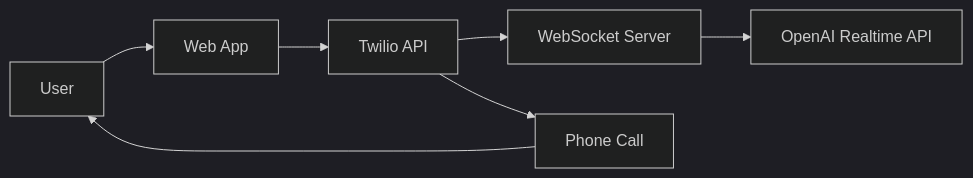
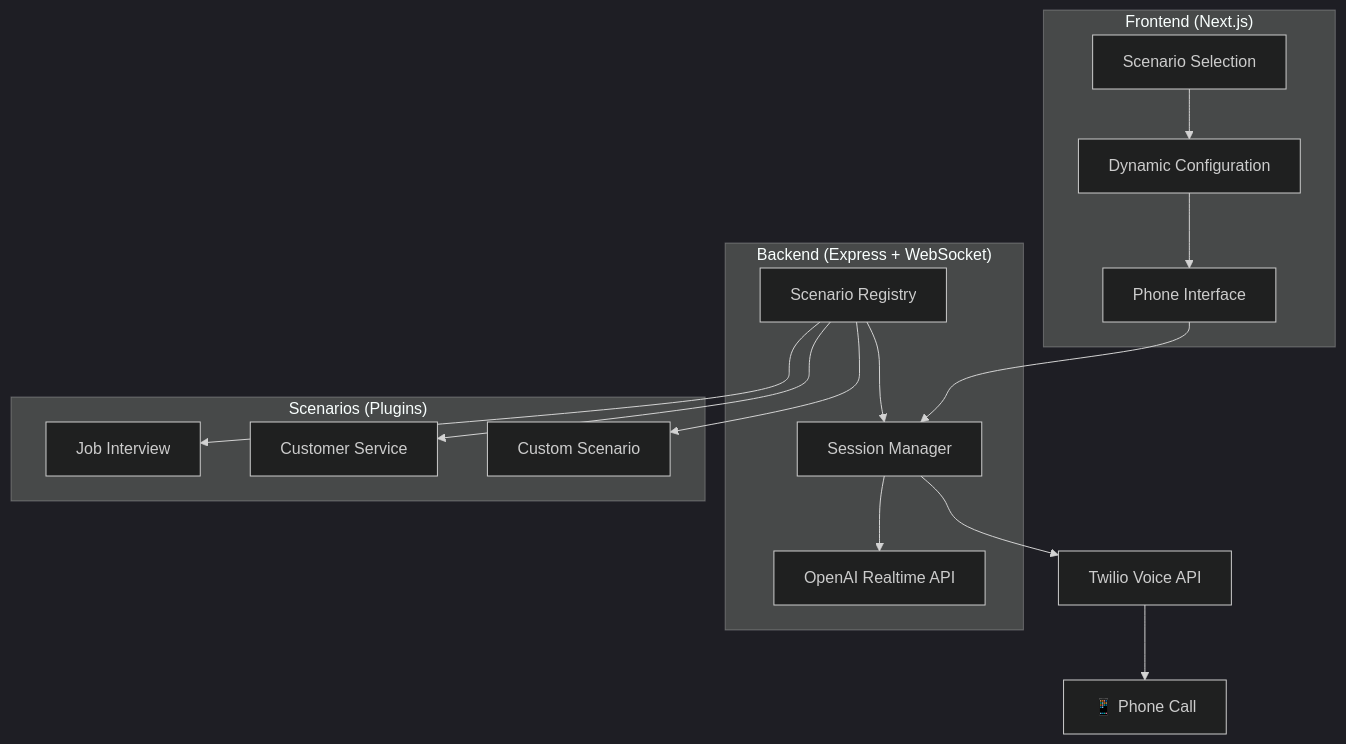
Before and after one commit to acedit-ai/phone-screen: the diagram in README.md, drawn with Mermaid (dark theme). The commit also changed other lines of this file and 20 other files, not shown here.

````diff
--- a/README.md
+++ b/README.md
@@ -50,9 +58,25 @@
 ```mermaid
-graph LR
-    A[User] --> B[Web App]
-    B --> C[Twilio API] 
-    C --> D[WebSocket Server]
-    D --> E[OpenAI Realtime API]
-    C --> F[Phone Call]
-    F --> A
+graph TB
+    subgraph "Frontend (Next.js)"
+        A[Scenario Selection] --> B[Dynamic Configuration]
+        B --> C[Phone Interface]
+    end
+    
+    subgraph "Backend (Express + WebSocket)"
+        D[Scenario Registry] --> E[Session Manager]
+        E --> F[OpenAI Realtime API]
+    end
+    
+    subgraph "Scenarios (Plugins)"
+        G[Job Interview]
+        H[Customer Service]
+        I[Custom Scenario]
+    end
+    
+    C --> E
+    D --> G
+    D --> H
+    D --> I
+    E --> J[Twilio Voice API]
+    J --> K[📱 Phone Call]
 ```
````
